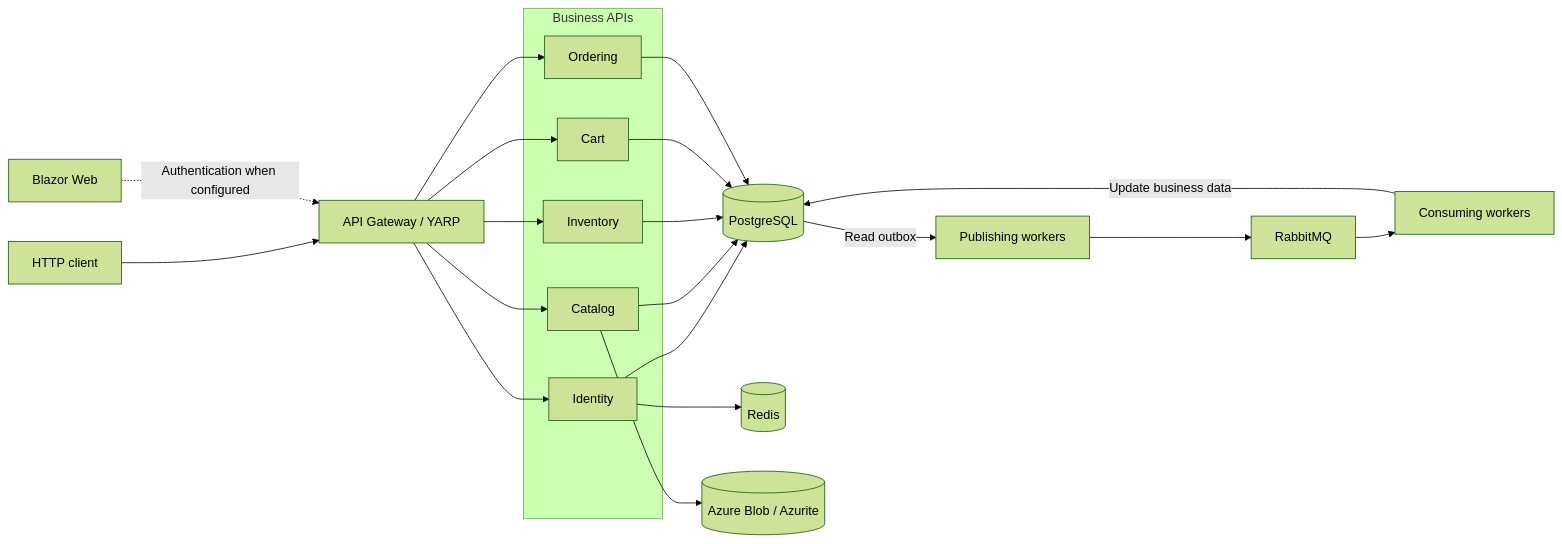
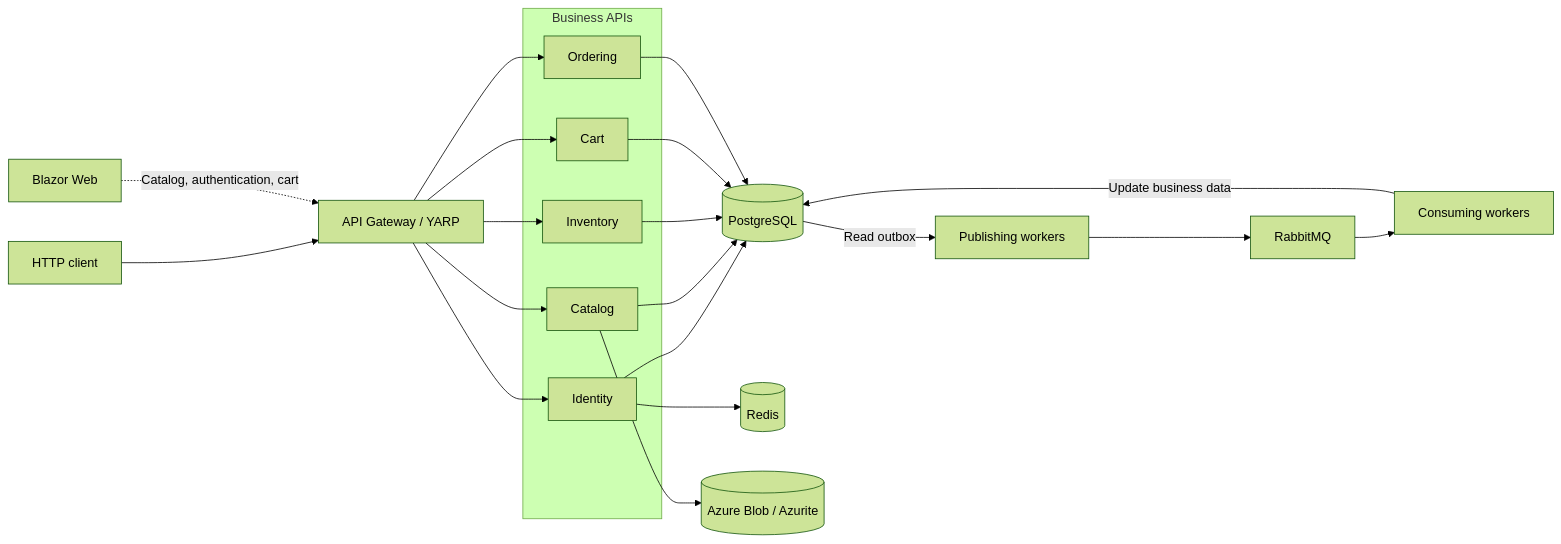
One commit to lovell06/Vendora changed the diagram in README.md. Above: the diagram before and after it, drawn with Mermaid (forest theme). The commit also changed other lines of this file, not shown here.

````diff
--- a/README.md
+++ b/README.md
@@ -42,32 +42,32 @@
 ```mermaid
 flowchart LR
     Client["HTTP client"] --> Gateway["API Gateway / YARP"]
-    Web["Blazor Web"] -.->|Authentication when configured| Gateway
+    Web["Blazor Web"] -.->|Catalog, authentication, cart| Gateway
 
     subgraph APIs["Business APIs"]
         Identity["Identity"]
         Catalog["Catalog"]
         Inventory["Inventory"]
         Cart["Cart"]
         Ordering["Ordering"]
     end
 
     Gateway --> Identity
     Gateway --> Catalog
     Gateway --> Inventory
     Gateway --> Cart
     Gateway --> Ordering
 
     Identity --> Postgres[("PostgreSQL")]
     Catalog --> Postgres
     Inventory --> Postgres
     Cart --> Postgres
     Ordering --> Postgres
     Identity --> Redis[("Redis")]
     Catalog --> Blob[("Azure Blob / Azurite")]
 
     Postgres -->|Read outbox| Publishers["Publishing workers"]
     Publishers --> RabbitMQ["RabbitMQ"]
     RabbitMQ --> Consumers["Consuming workers"]
     Consumers -->|Update business data| Postgres
 ```
````
